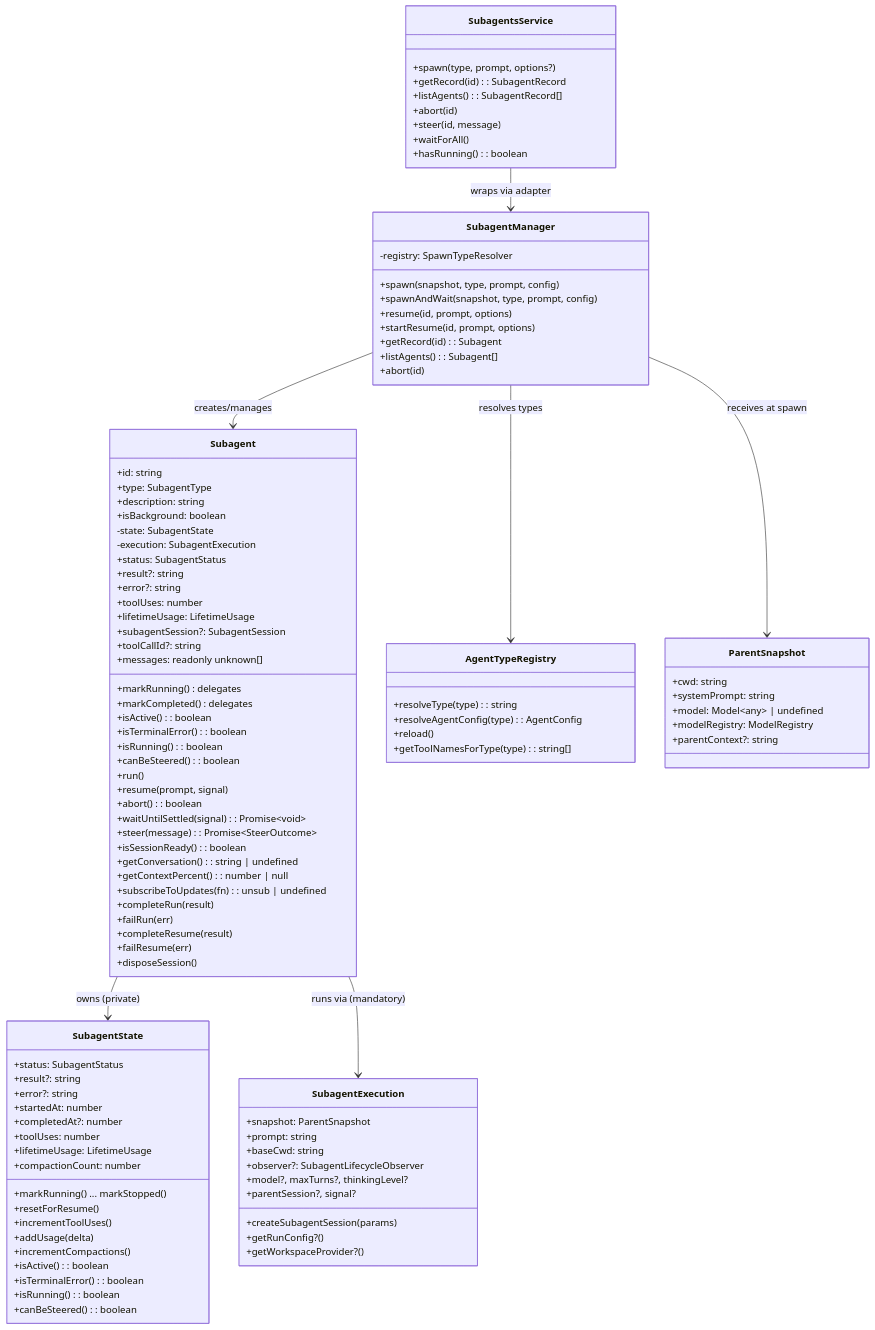
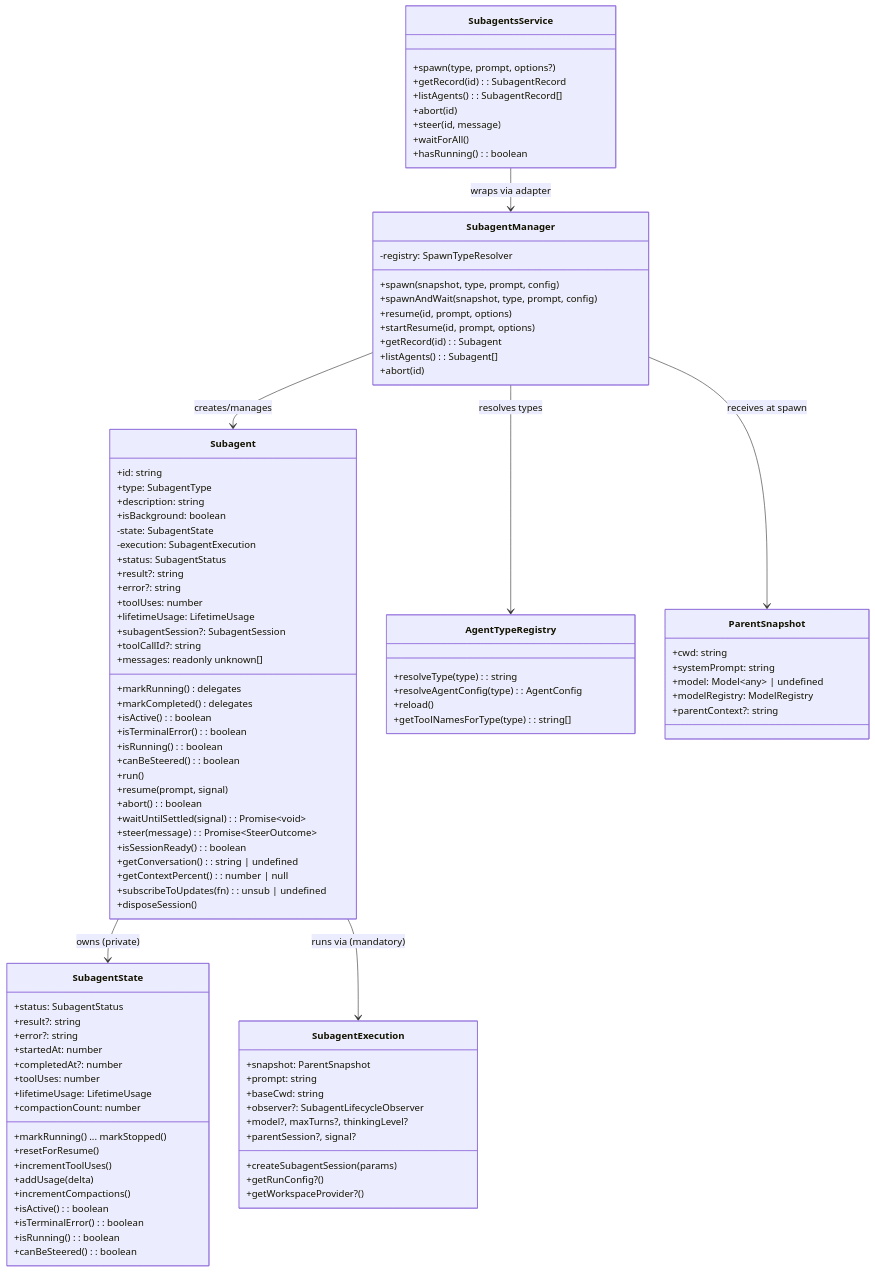
The second of 6 diagrams in docs/architecture/architecture.md (ttdua/pi-subagents), drawn with Mermaid before and after one commit. The commit also changed other lines of this file, not shown here.

Commit message:
docs(pi-subagents): record the one run lifecycle in the architecture doc (#1050)

```diff
--- a/docs/architecture/architecture.md
+++ b/docs/architecture/architecture.md
@@ -170,10 +170,6 @@
         +getContextPercent(): number | null
         +subscribeToUpdates(fn): unsub | undefined
         +messages: readonly unknown[]
-        +completeRun(result)
-        +failRun(err)
-        +completeResume(result)
-        +failResume(err)
         +disposeSession()
     }
 
```
